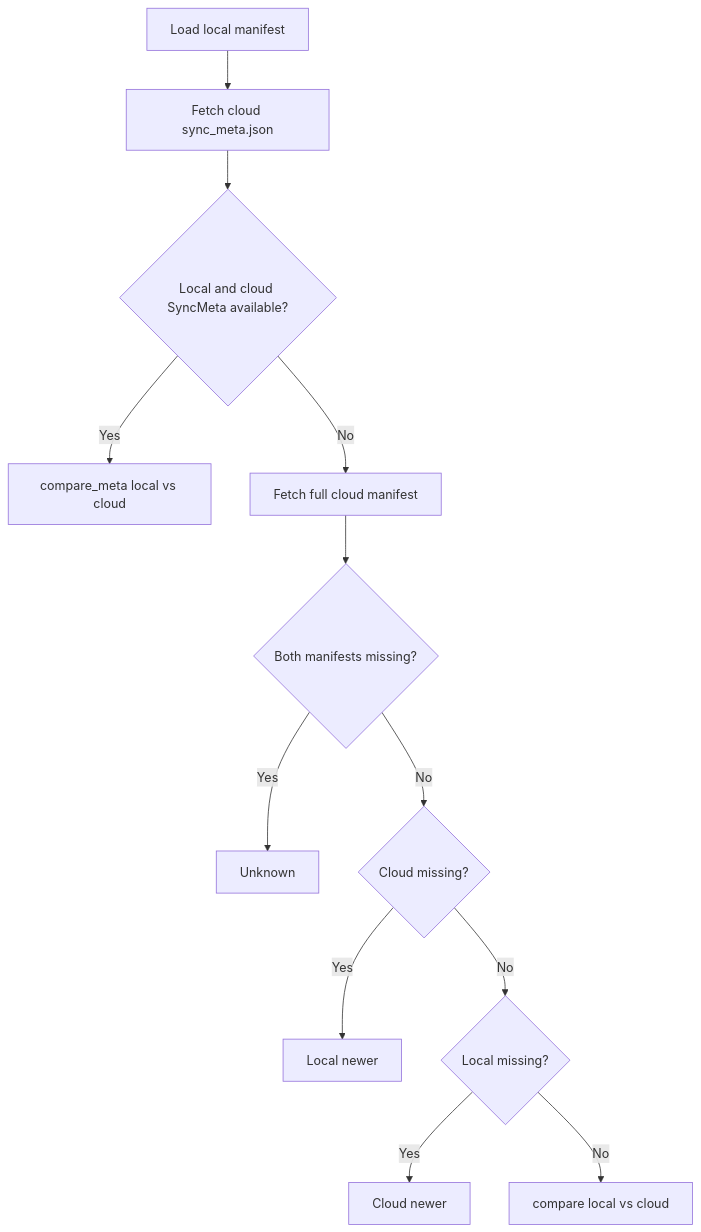
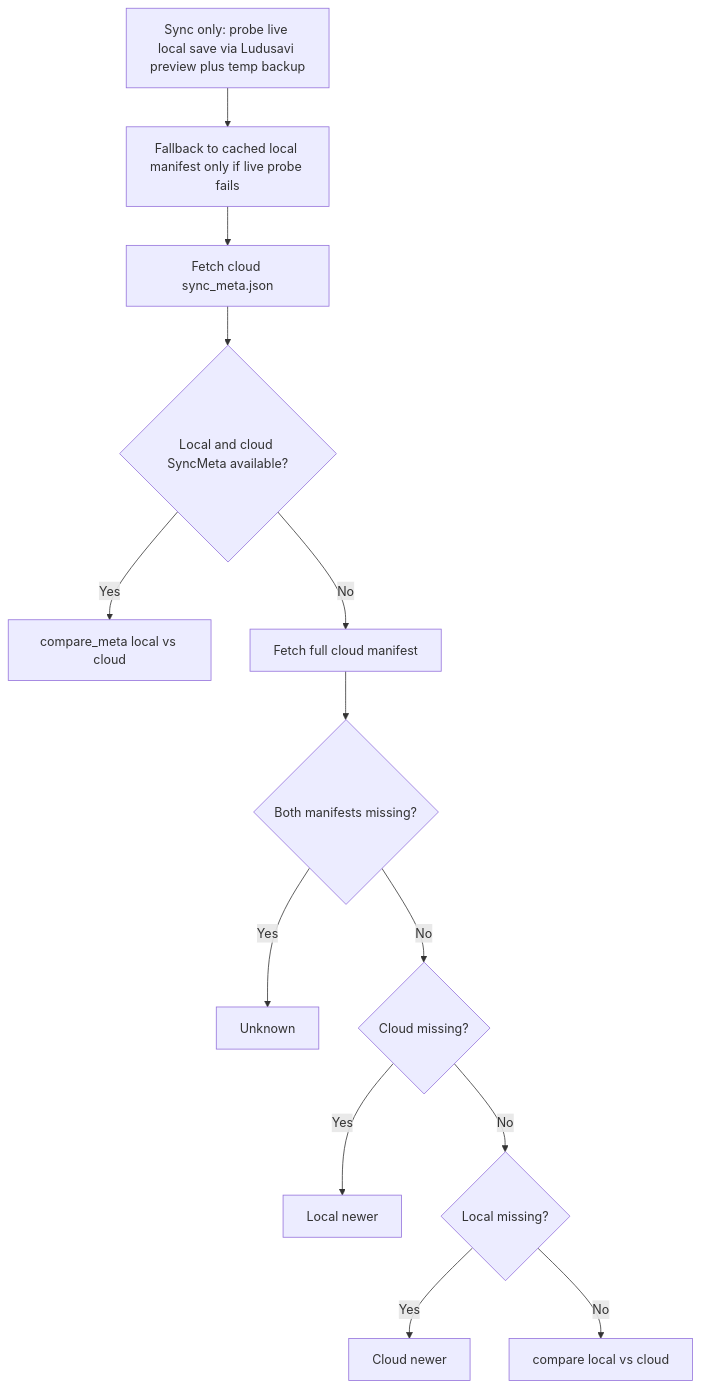
One commit to d1p/savesync changed the third of 6 diagrams in docs/TECHNICAL.md. Above: the diagram before and after it, drawn with Mermaid. The commit also changed other lines of this file and 15 other files, not shown here.

````diff
--- a/docs/TECHNICAL.md
+++ b/docs/TECHNICAL.md
@@ -136,14 +169,15 @@
 ```mermaid
 flowchart TD
-    A[Load local manifest] --> B[Fetch cloud sync_meta.json]
-    B --> C{Local and cloud SyncMeta available?}
-    C -->|Yes| D[compare_meta local vs cloud]
-    C -->|No| E[Fetch full cloud manifest]
-    E --> F{Both manifests missing?}
-    F -->|Yes| G[Unknown]
-    F -->|No| H{Cloud missing?}
-    H -->|Yes| I[Local newer]
-    H -->|No| J{Local missing?}
-    J -->|Yes| K[Cloud newer]
-    J -->|No| L[compare local vs cloud]
+    A[Sync only: probe live local save via Ludusavi preview plus temp backup] --> B[Fallback to cached local manifest only if live probe fails]
+    B --> C[Fetch cloud sync_meta.json]
+    C --> D{Local and cloud SyncMeta available?}
+    D -->|Yes| E[compare_meta local vs cloud]
+    D -->|No| F[Fetch full cloud manifest]
+    F --> G{Both manifests missing?}
+    G -->|Yes| H[Unknown]
+    G -->|No| I{Cloud missing?}
+    I -->|Yes| J[Local newer]
+    I -->|No| K{Local missing?}
+    K -->|Yes| L[Cloud newer]
+    K -->|No| M[compare local vs cloud]
 ```
````
